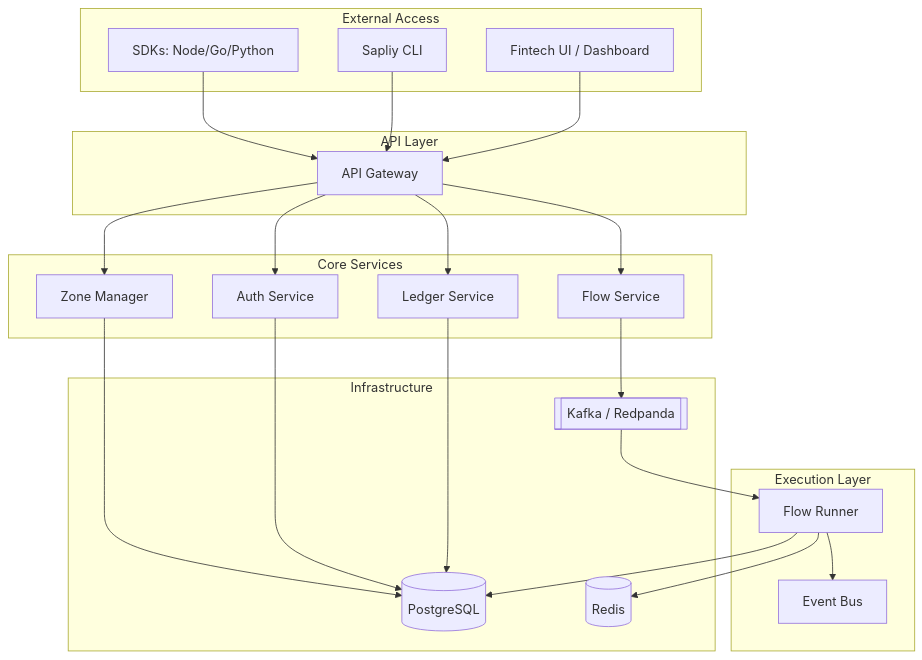
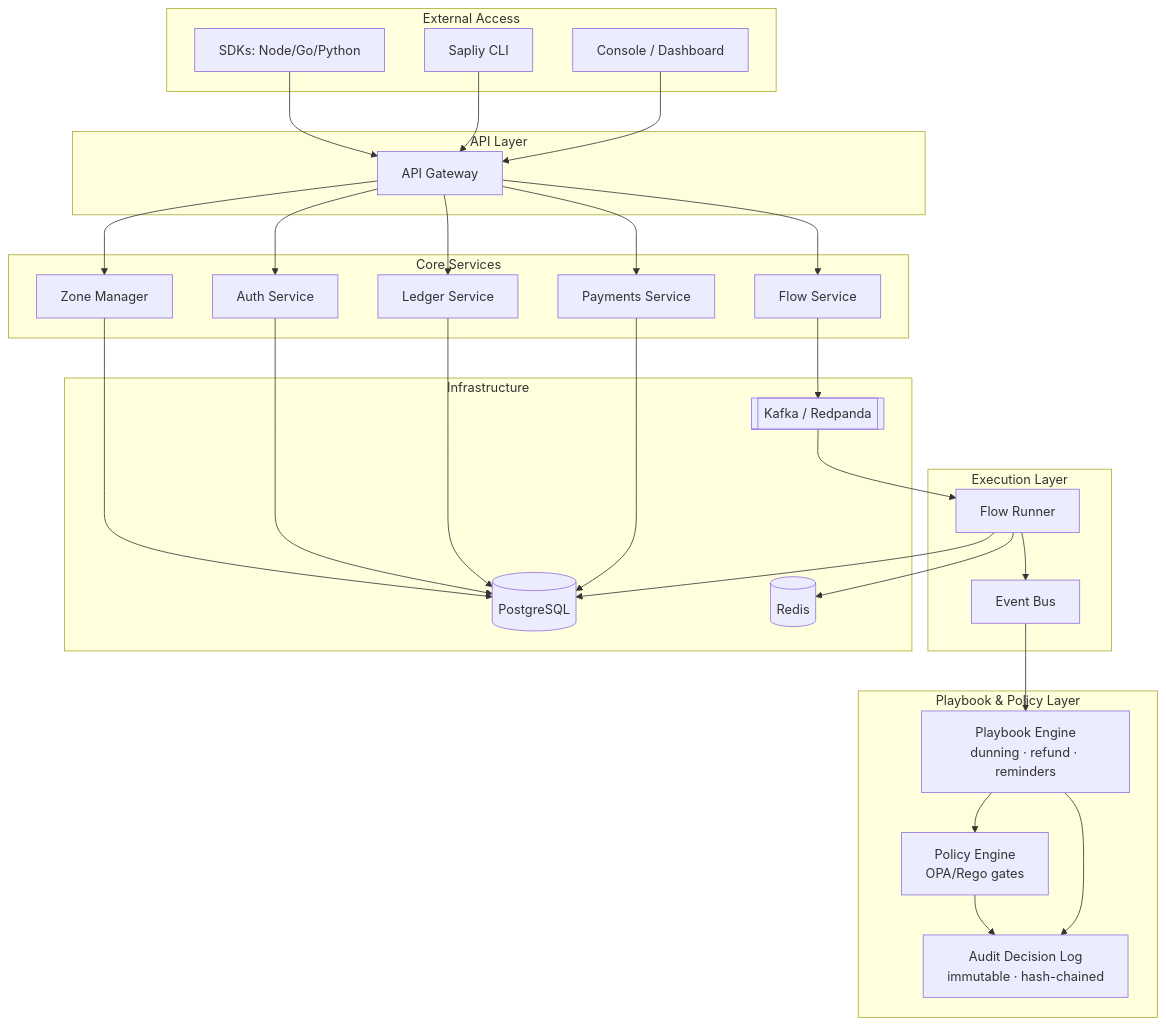
One commit to Sapliy/fintech-docs changed the diagram in concepts/architecture.md. Above: the diagram before and after it, drawn with Mermaid. The commit also changed other lines of this file and 28 other files, not shown here.

````diff
--- a/concepts/architecture.md
+++ b/concepts/architecture.md
@@ -7,48 +29,62 @@
 ```mermaid
 graph TB
     subgraph "External Access"
         SDK[SDKs: Node/Go/Python]
         CLI[Sapliy CLI]
-        UI[Fintech UI / Dashboard]
+        UI[Console / Dashboard]
     end
 
     subgraph "API Layer"
         Gateway[API Gateway]
     end
 
     subgraph "Core Services"
         FlowSvc[Flow Service]
         AuthSvc[Auth Service]
         ZoneMgr[Zone Manager]
         LedgerSvc[Ledger Service]
+        PaymentsSvc[Payments Service]
+    end
+
+    subgraph "Playbook & Policy Layer"
+        Playbook[Playbook Engine<br/>dunning · refund · reminders]
+        Policy[Policy Engine<br/>OPA/Rego gates]
+        Audit[Audit Decision Log<br/>immutable · hash-chained]
     end
 
     subgraph "Execution Layer"
         Engine[Flow Runner]
         Events[Event Bus]
     end
 
     subgraph "Infrastructure"
         DB[(PostgreSQL)]
         Queue[[Kafka / Redpanda]]
         Cache[(Redis)]
     end
 
     SDK --> Gateway
     CLI --> Gateway
     UI --> Gateway
 
     Gateway --> AuthSvc
     Gateway --> ZoneMgr
     Gateway --> FlowSvc
     Gateway --> LedgerSvc
+    Gateway --> PaymentsSvc
+
+    Events --> Playbook
+    Playbook --> Policy
+    Policy --> Audit
+    Playbook --> Audit
 
     FlowSvc --> Queue
     Queue --> Engine
     Engine --> Events
     Engine --> DB
     ZoneMgr --> DB
     AuthSvc --> DB
     LedgerSvc --> DB
+    PaymentsSvc --> DB
     Engine --> Cache
 ```
````
